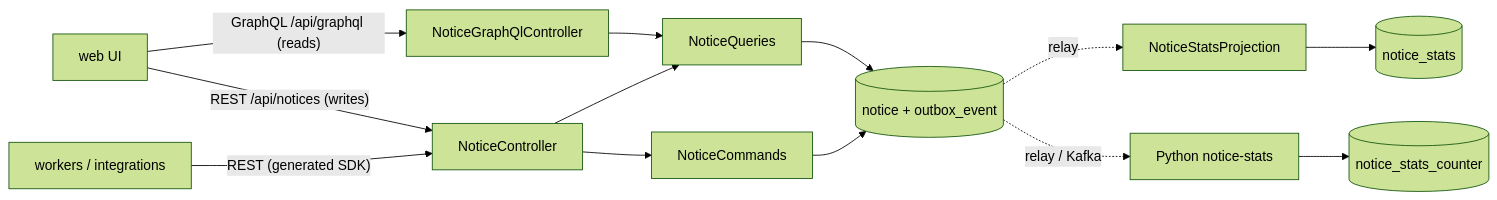
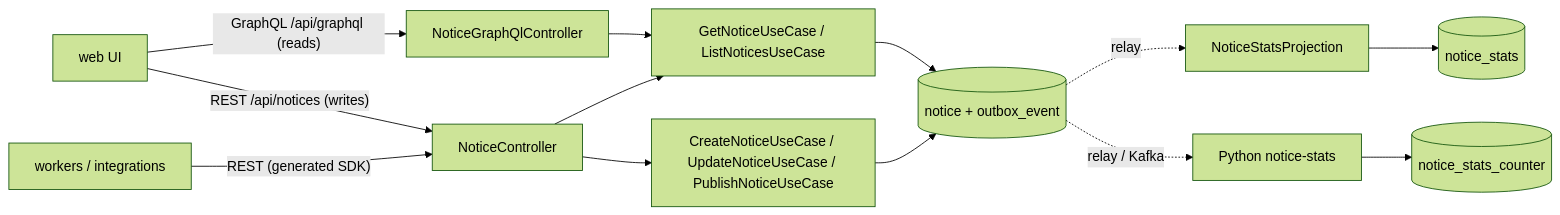
Before and after one commit to tama-nguyen/trellis-backend: the third of 3 diagrams in docs/architecture/backend.md, drawn with Mermaid (forest theme). The commit also changed other lines of this file and 18 other files, not shown here.

````diff
--- a/docs/architecture/backend.md
+++ b/docs/architecture/backend.md
@@ -126,13 +130,13 @@
 ```mermaid
 flowchart LR
   ui[web UI] -- "GraphQL /api/graphql (reads)" --> gql[NoticeGraphQlController]
   ui -- "REST /api/notices (writes)" --> rest[NoticeController]
   worker[workers / integrations] -- "REST (generated SDK)" --> rest
-  gql --> q[NoticeQueries]
+  gql --> q[GetNoticeUseCase / ListNoticesUseCase]
   rest --> q
-  rest --> c[NoticeCommands]
+  rest --> c[CreateNoticeUseCase / UpdateNoticeUseCase / PublishNoticeUseCase]
   c --> db[(notice + outbox_event)]
   q --> db
   db -. relay .-> proj[NoticeStatsProjection] --> stats[(notice_stats)]
   db -. relay / Kafka .-> py[Python notice-stats] --> counter[(notice_stats_counter)]
 ```
````
